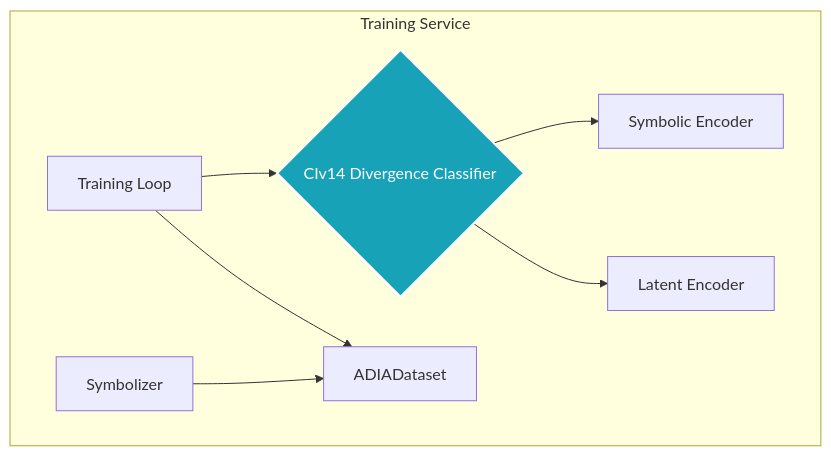
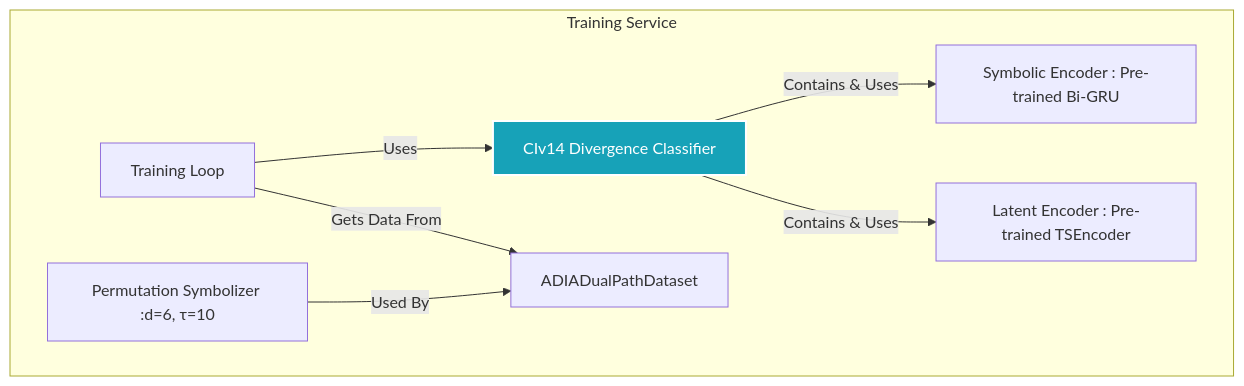
Before and after one commit to algoplexity/cybernetic-intelligence: the third of 3 diagrams in docs/twin-encoders-model/solution-architecture.md, drawn with Mermaid. The commit also changed other lines of this file, not shown here.

````diff
--- a/docs/twin-encoders-model/solution-architecture.md
+++ b/docs/twin-encoders-model/solution-architecture.md
@@ -77,12 +73,12 @@
 ```mermaid
 graph TD
     subgraph "Training Service"
-        A[Training Loop] --> B{CIv14 Divergence Classifier};
-        B --> C[Symbolic Encoder];
-        B --> D[Latent Encoder];
-        A --> E[ADIADataset];
-        F[Symbolizer] --> E;
+        A[Training Loop] -->|Uses| B[CIv14 Divergence Classifier];
+        B -->|Contains & Uses| C[Symbolic Encoder : Pre-trained Bi-GRU];
+        B -->|Contains & Uses| D[Latent Encoder : Pre-trained TSEncoder];
+        A -->|Gets Data From| E[ADIADualPathDataset];
+        F[Permutation Symbolizer :d=6, τ=10] -->|Used By| E;
     end
 
     style B fill:#17a2b8,stroke:#fff,stroke-width:2px,color:#fff
 ```
````
